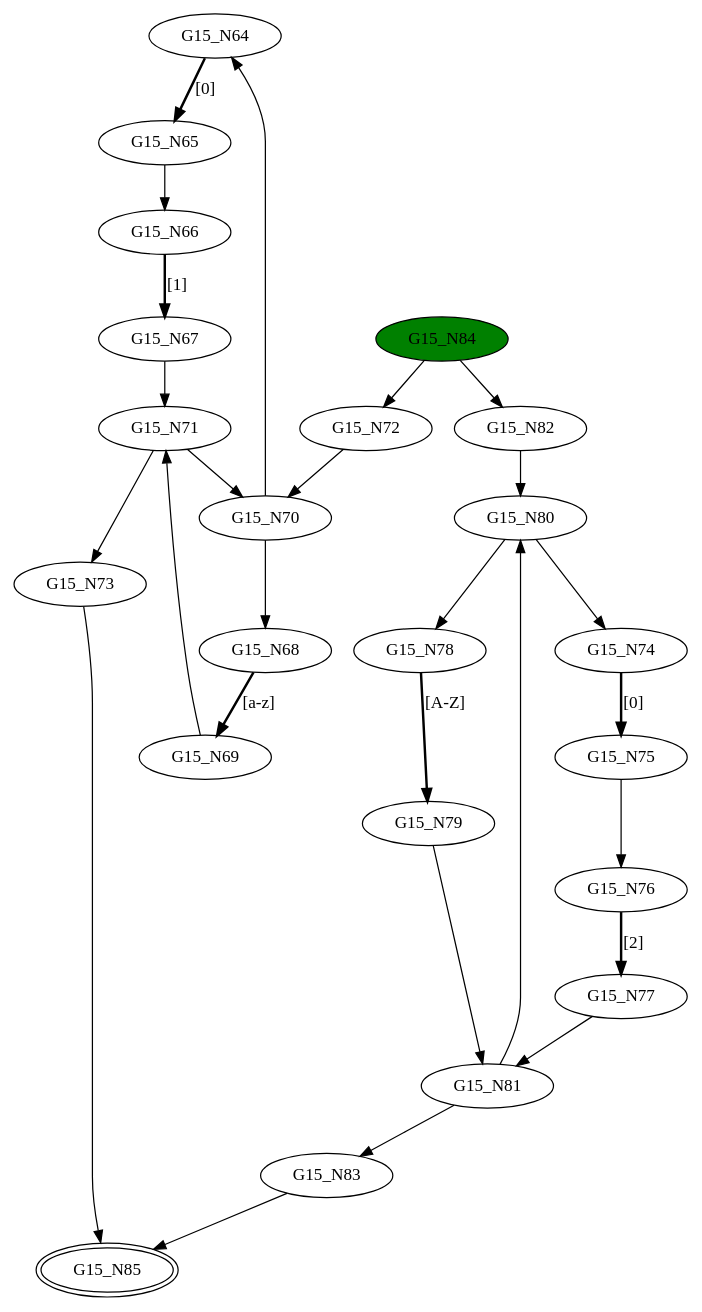
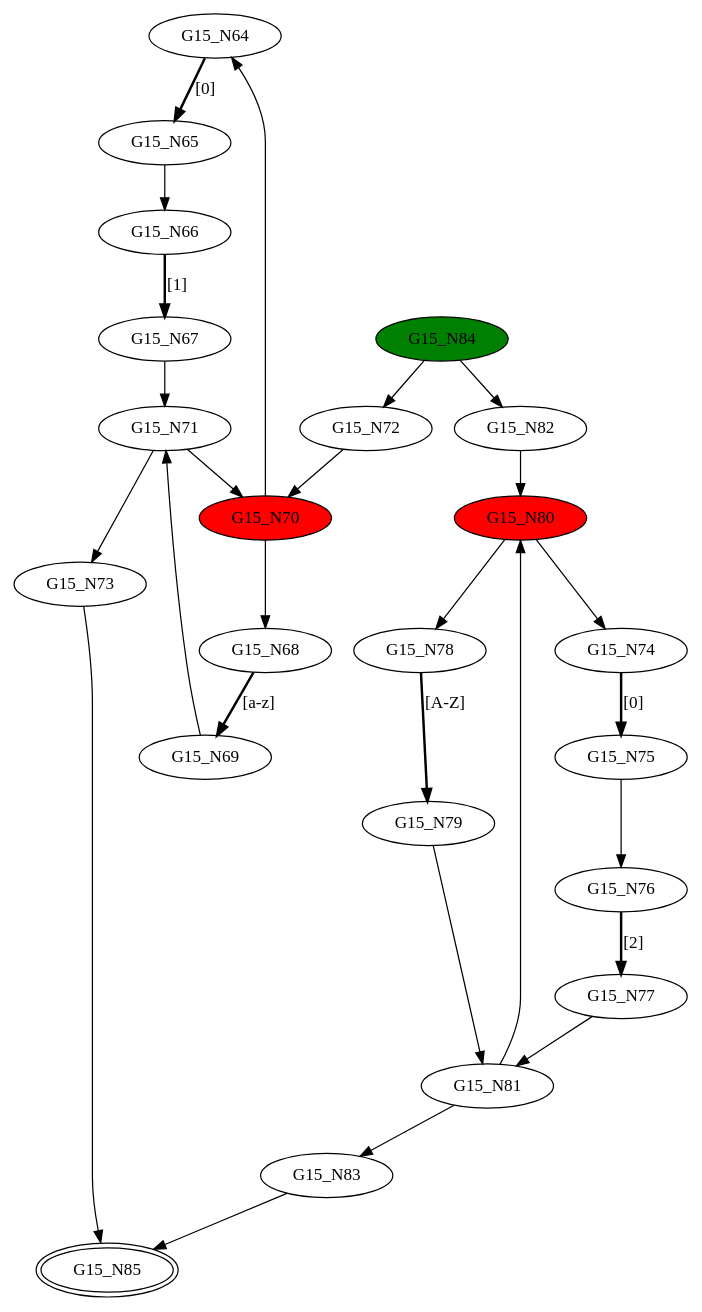
Before and after one commit to GDimitroulakos/EDUFLEX: the diagram in DFASimulator/Testbench/merge2.dot, drawn with Graphviz. The commit also changed 30 other files, not shown here.

```diff
--- a/DFASimulator/Testbench/merge2.dot
+++ b/DFASimulator/Testbench/merge2.dot
@@ -1,50 +1,50 @@
 digraph G15{
 "G15_N64";
 "G15_N65";
 "G15_N66";
 "G15_N67";
 "G15_N68";
 "G15_N69";
-"G15_N70";
+"G15_N70" [style=filled,fillcolor=red];
 "G15_N71";
 "G15_N72";
 "G15_N73";
 "G15_N74";
 "G15_N75";
 "G15_N76";
 "G15_N77";
 "G15_N78";
 "G15_N79";
-"G15_N80";
+"G15_N80" [style=filled,fillcolor=red];
 "G15_N81";
 "G15_N82";
 "G15_N83";
 "G15_N84" [style=filled,fillcolor=green];
 "G15_N85" [peripheries=2];
 "G15_N64"->"G15_N65" [style = bold, label = "[0]"];
 "G15_N66"->"G15_N67" [style = bold, label = "[1]"];
 "G15_N65"->"G15_N66";
 "G15_N68"->"G15_N69" [style = bold, label = "[a-z]"];
 "G15_N70"->"G15_N64";
 "G15_N70"->"G15_N68";
 "G15_N69"->"G15_N71";
 "G15_N67"->"G15_N71";
 "G15_N72"->"G15_N70";
 "G15_N71"->"G15_N73";
 "G15_N71"->"G15_N70";
 "G15_N74"->"G15_N75" [style = bold, label = "[0]"];
 "G15_N76"->"G15_N77" [style = bold, label = "[2]"];
 "G15_N75"->"G15_N76";
 "G15_N78"->"G15_N79" [style = bold, label = "[A-Z]"];
 "G15_N80"->"G15_N74";
 "G15_N80"->"G15_N78";
 "G15_N79"->"G15_N81";
 "G15_N77"->"G15_N81";
 "G15_N82"->"G15_N80";
 "G15_N81"->"G15_N83";
 "G15_N81"->"G15_N80";
 "G15_N84"->"G15_N72";
 "G15_N84"->"G15_N82";
 "G15_N83"->"G15_N85";
 "G15_N73"->"G15_N85";
 }
```
